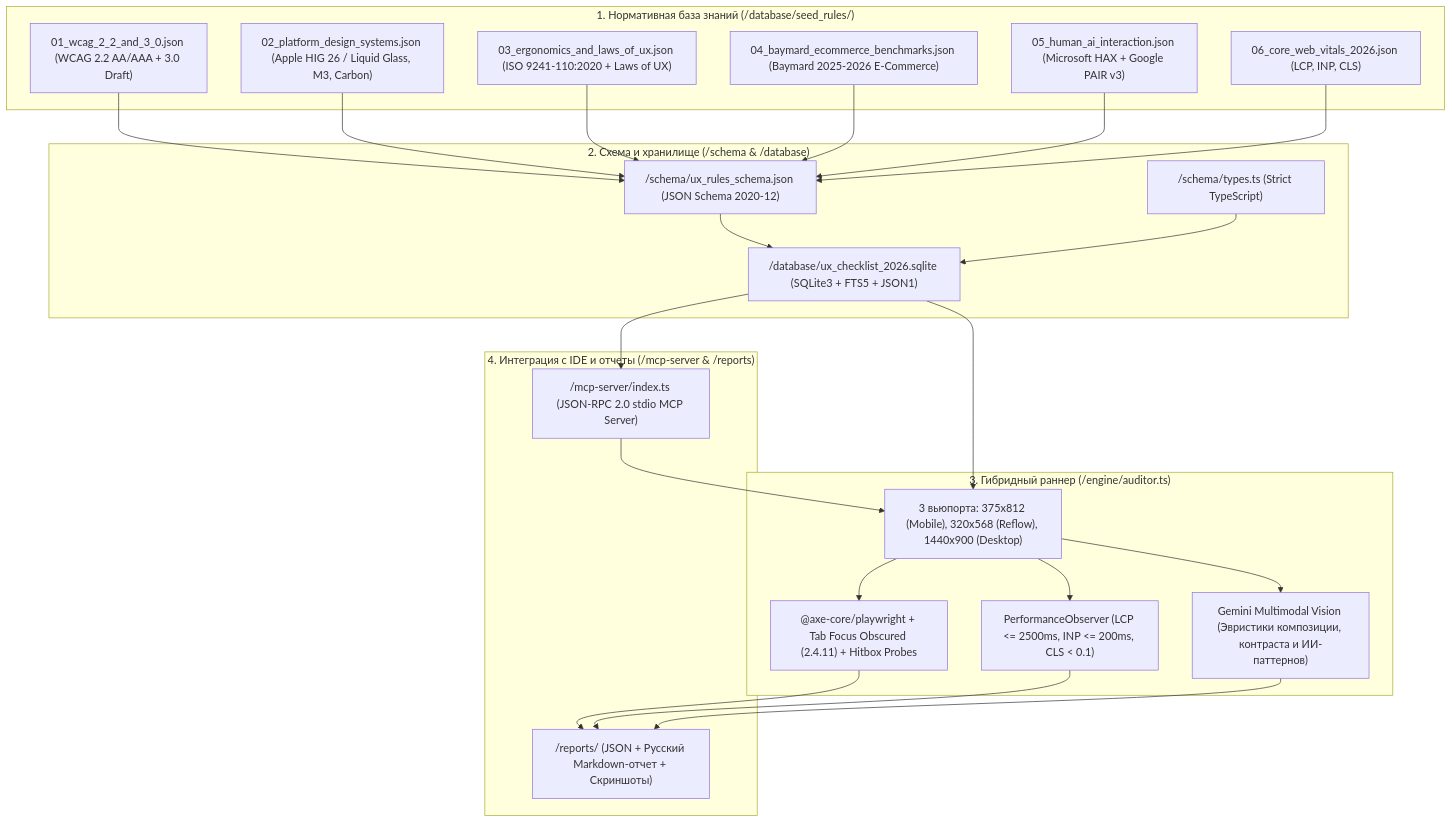
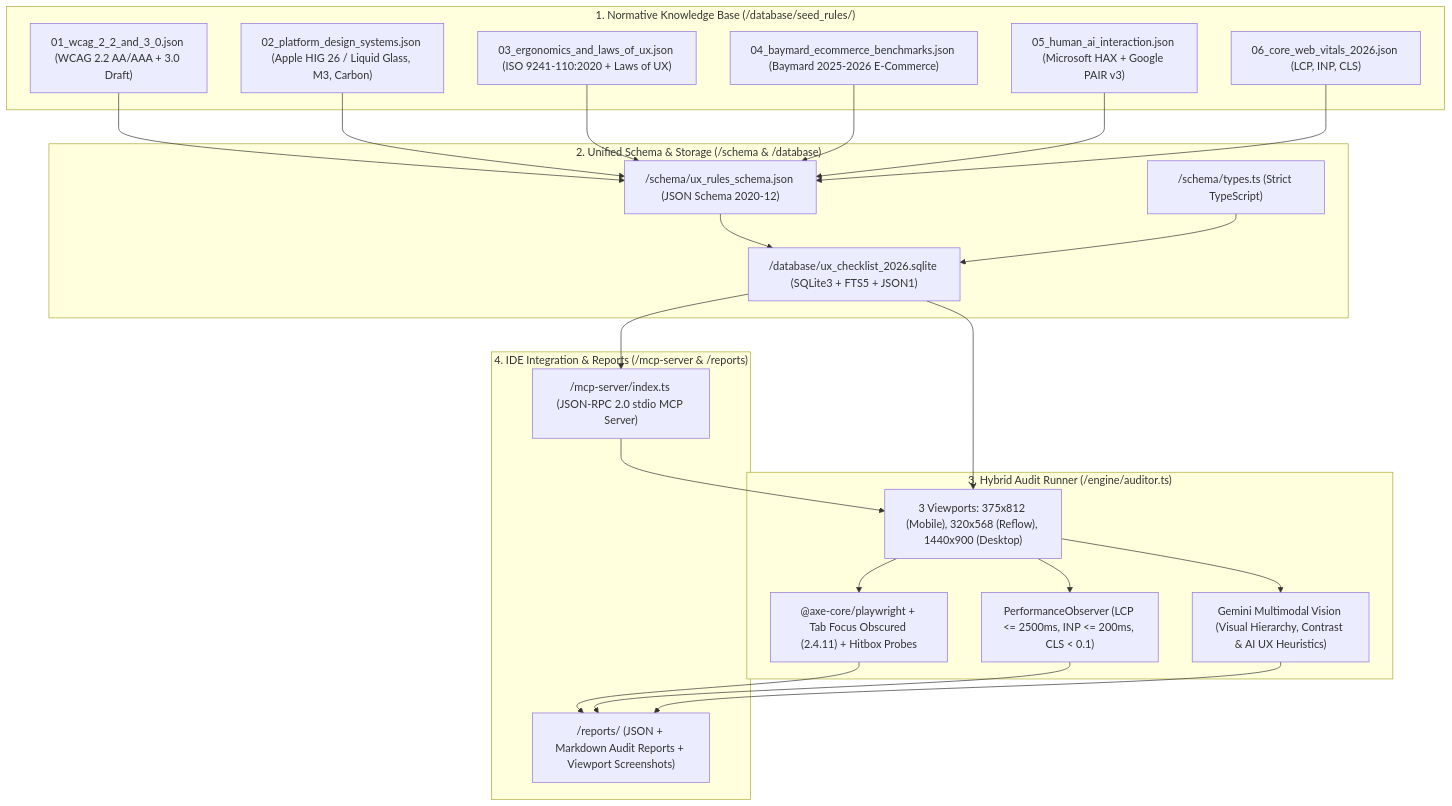
One commit to CorvusDemon/Ux-UI-local-base changed the diagram in README.md. Above: the diagram before and after it, drawn with Mermaid. The commit also changed other lines of this file and 21 other files, not shown here.

Commit message:
feat: translate entire UX/UI knowledge base, schema, reports, and documentation to English

````diff
--- a/README.md
+++ b/README.md
@@ -18,35 +18,35 @@
 ```mermaid
 flowchart TD
-    subgraph Corpus["1. Нормативная база знаний (/database/seed_rules/)"]
+    subgraph Corpus["1. Normative Knowledge Base (/database/seed_rules/)"]
         M1["01_wcag_2_2_and_3_0.json (WCAG 2.2 AA/AAA + 3.0 Draft)"]
         M2["02_platform_design_systems.json (Apple HIG 26 / Liquid Glass, M3, Carbon)"]
         M3["03_ergonomics_and_laws_of_ux.json (ISO 9241-110:2020 + Laws of UX)"]
         M4["04_baymard_ecommerce_benchmarks.json (Baymard 2025-2026 E-Commerce)"]
         M5["05_human_ai_interaction.json (Microsoft HAX + Google PAIR v3)"]
         M6["06_core_web_vitals_2026.json (LCP, INP, CLS)"]
     end
 
-    subgraph Storage["2. Схема и хранилище (/schema & /database)"]
+    subgraph Storage["2. Unified Schema & Storage (/schema & /database)"]
         TS["/schema/types.ts (Strict TypeScript)"]
         JSON_SCH["/schema/ux_rules_schema.json (JSON Schema 2020-12)"]
         SQLITE["/database/ux_checklist_2026.sqlite (SQLite3 + FTS5 + JSON1)"]
     end
 
-    subgraph Engine["3. Гибридный раннер (/engine/auditor.ts)"]
-        VP["3 вьюпорта: 375x812 (Mobile), 320x568 (Reflow), 1440x900 (Desktop)"]
+    subgraph Engine["3. Hybrid Audit Runner (/engine/auditor.ts)"]
+        VP["3 Viewports: 375x812 (Mobile), 320x568 (Reflow), 1440x900 (Desktop)"]
         DOM["@axe-core/playwright + Tab Focus Obscured (2.4.11) + Hitbox Probes"]
         PERF["PerformanceObserver (LCP <= 2500ms, INP <= 200ms, CLS < 0.1)"]
-        VISION["Gemini Multimodal Vision (Эвристики композиции, контраста и ИИ-паттернов)"]
+        VISION["Gemini Multimodal Vision (Visual Hierarchy, Contrast & AI UX Heuristics)"]
     end
 
-    subgraph Integration["4. Интеграция с IDE и отчеты (/mcp-server & /reports)"]
+    subgraph Integration["4. IDE Integration & Reports (/mcp-server & /reports)"]
         MCP["/mcp-server/index.ts (JSON-RPC 2.0 stdio MCP Server)"]
-        REP["/reports/ (JSON + Русский Markdown-отчет + Скриншоты)"]
+        REP["/reports/ (JSON + Markdown Audit Reports + Viewport Screenshots)"]
     end
 
     M1 & M2 & M3 & M4 & M5 & M6 --> JSON_SCH --> SQLITE
     TS --> SQLITE
     SQLITE --> VP & MCP
     VP --> DOM & PERF & VISION --> REP
     MCP --> VP
 ```
````
